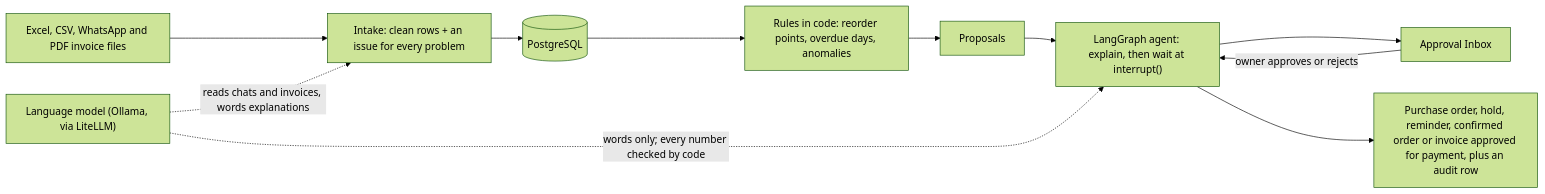
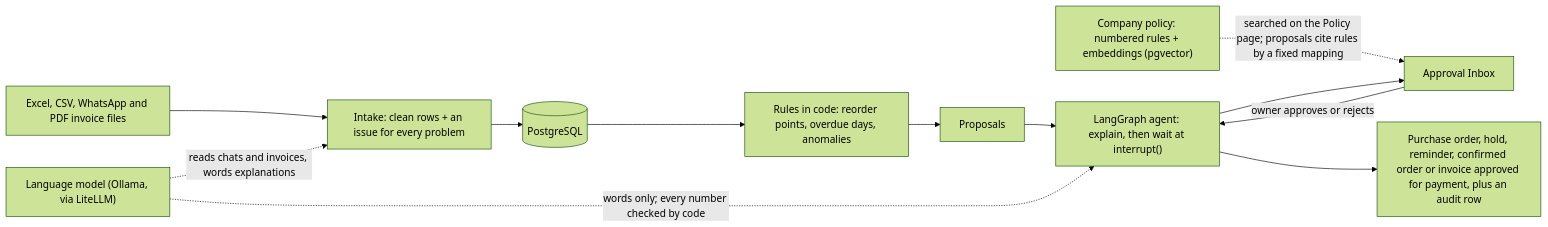
One commit to Shubham261299/opspilot changed the diagram in README.md. Above: the diagram before and after it, drawn with Mermaid (forest theme). The commit also changed other lines of this file and 14 other files, not shown here.

````diff
--- a/README.md
+++ b/README.md
@@ -117,13 +128,14 @@
 ```mermaid
 flowchart LR
     files["Excel, CSV, WhatsApp and PDF invoice files"] --> intake["Intake: clean rows + an issue for every problem"]
     intake --> db[(PostgreSQL)]
     llm["Language model (Ollama, via LiteLLM)"] -. "reads chats and invoices, words explanations" .-> intake
     db --> rules["Rules in code: reorder points, overdue days, anomalies"]
     rules --> proposals["Proposals"]
     proposals --> agent["LangGraph agent: explain, then wait at interrupt()"]
     llm -. "words only; every number checked by code" .-> agent
+    policy["Company policy: numbered rules + embeddings (pgvector)"] -. "searched on the Policy page; proposals cite rules by a fixed mapping" .-> inbox
     agent --> inbox["Approval Inbox"]
     inbox -- "owner approves or rejects" --> agent
     agent --> effect["Purchase order, hold, reminder, confirmed order or invoice approved for payment, plus an audit row"]
 ```
````
